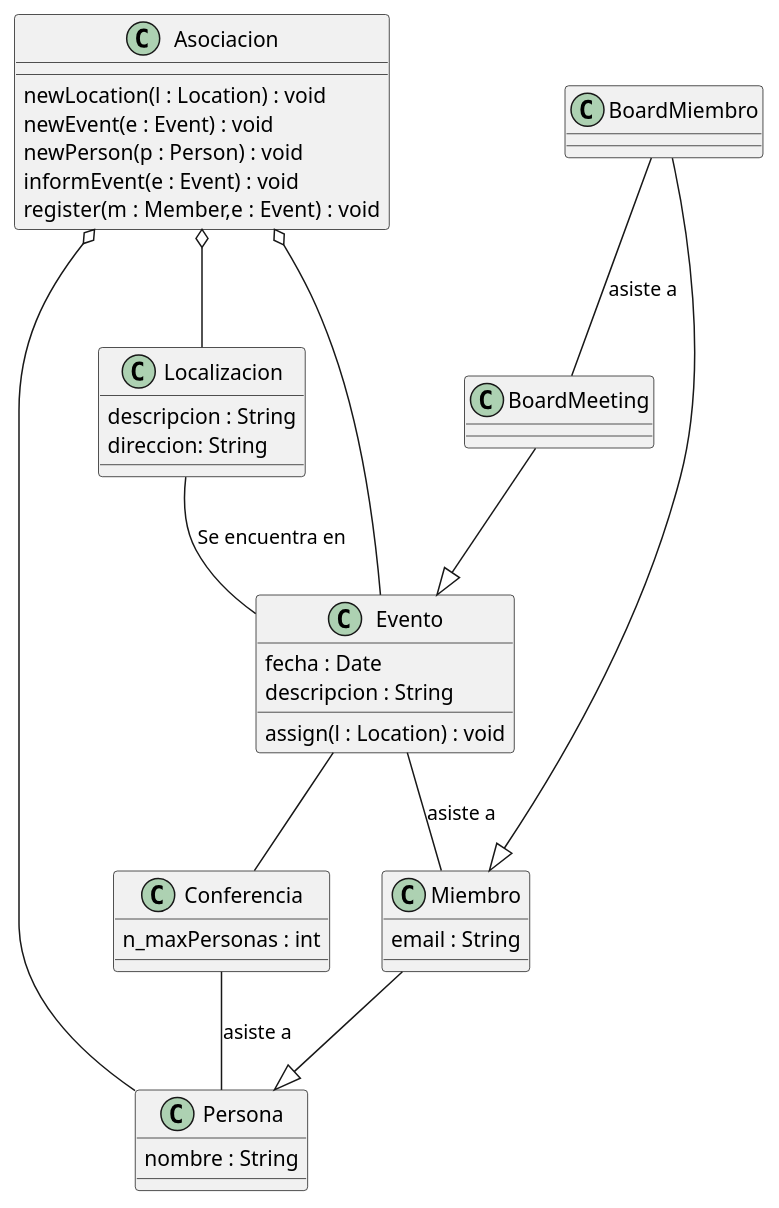
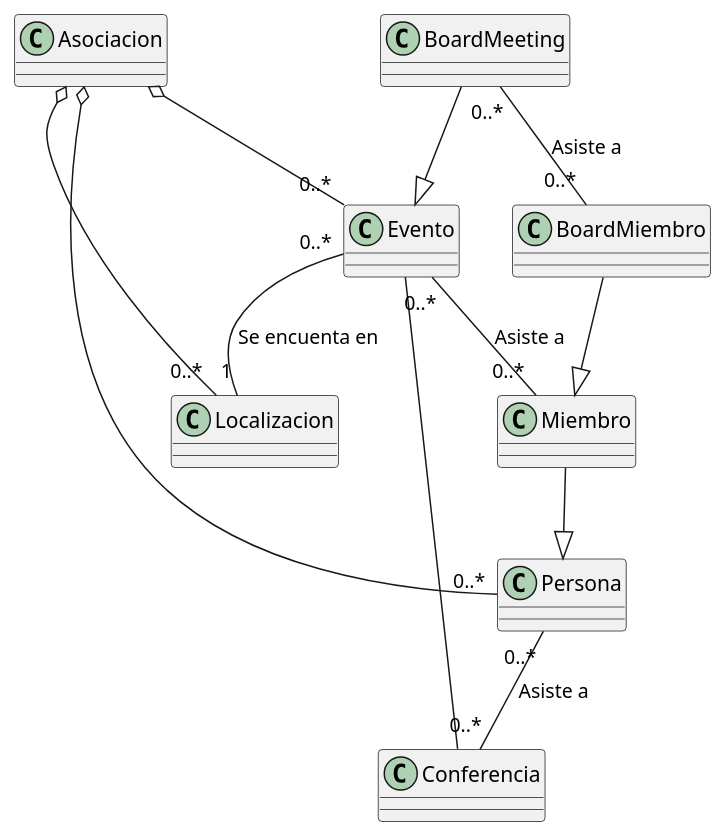
One commit to DanielMiralles12/UMLClases-DanielMiralles changed the diagram in src/Practica.puml. Above: the diagram before and after it, drawn with PlantUML.

Commit message:
Eliminacion de atributos y metodos para añadir navegabilidades y las cardinalidades.

```diff
--- a/src/Practica.puml
+++ b/src/Practica.puml
@@ -1,42 +1,30 @@
 @startuml
-Asociacion o-- Evento
-Asociacion o-- Persona
-Asociacion o-- Localizacion
 Evento -- Conferencia
 BoardMeeting --|> Evento
-Evento -- Miembro : asiste a
-Localizacion -- Evento : Se encuentra en
 BoardMiembro --|> Miembro
 Miembro --|> Persona
-Conferencia -- Persona : asiste a
-BoardMiembro -- BoardMeeting : asiste a
 
 
+Asociacion o-- "0..*" Evento
+Asociacion o-- "0..*" Persona
+BoardMeeting "0..*" -- "0..*" BoardMiembro : Asiste a
+Persona "0..*" -- "0..*" Conferencia : Asiste a
+Evento "0..*" -- "1" Localizacion : Se encuenta en
+Evento "0..*" -- "0..*" Miembro : Asiste a
+Asociacion o-- "0..*" Localizacion
+
 class Asociacion{
-newLocation(l : Location) : void
-newEvent(e : Event) : void
-newPerson(p : Person) : void
-informEvent(e : Event) : void
-register(m : Member,e : Event) : void
 }
 class Miembro{
-email : String
 }
 class BoardMiembro{}
 class Evento{
-fecha : Date
-descripcion : String
-assign(l : Location) : void
 }
 class Conferencia{
-n_maxPersonas : int
 }
 class Localizacion{
-descripcion : String
-direccion: String
 }
 class BoardMeeting{}
 class Persona{
-nombre : String
 }
 @enduml
```
